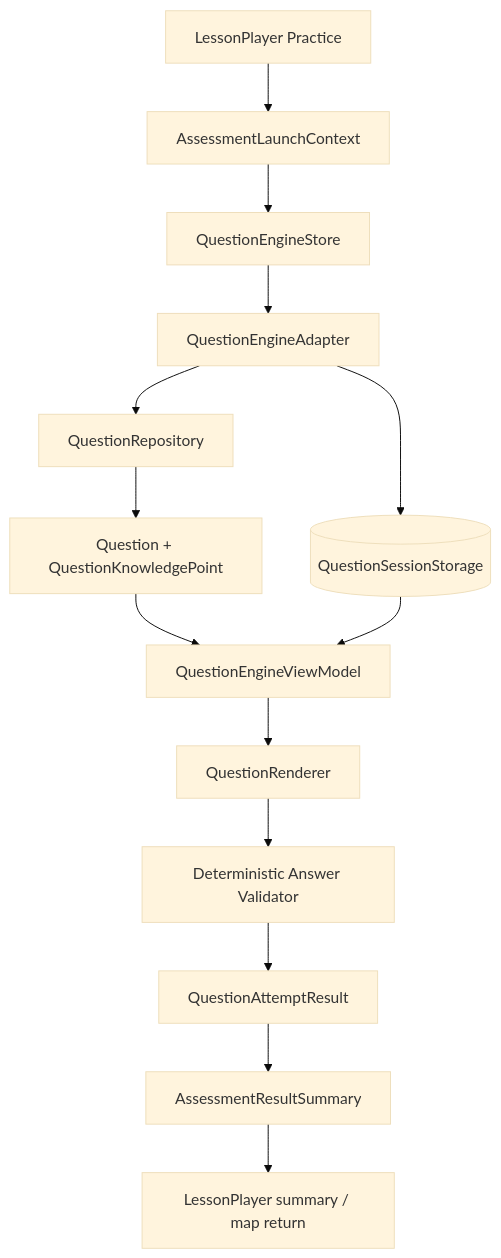
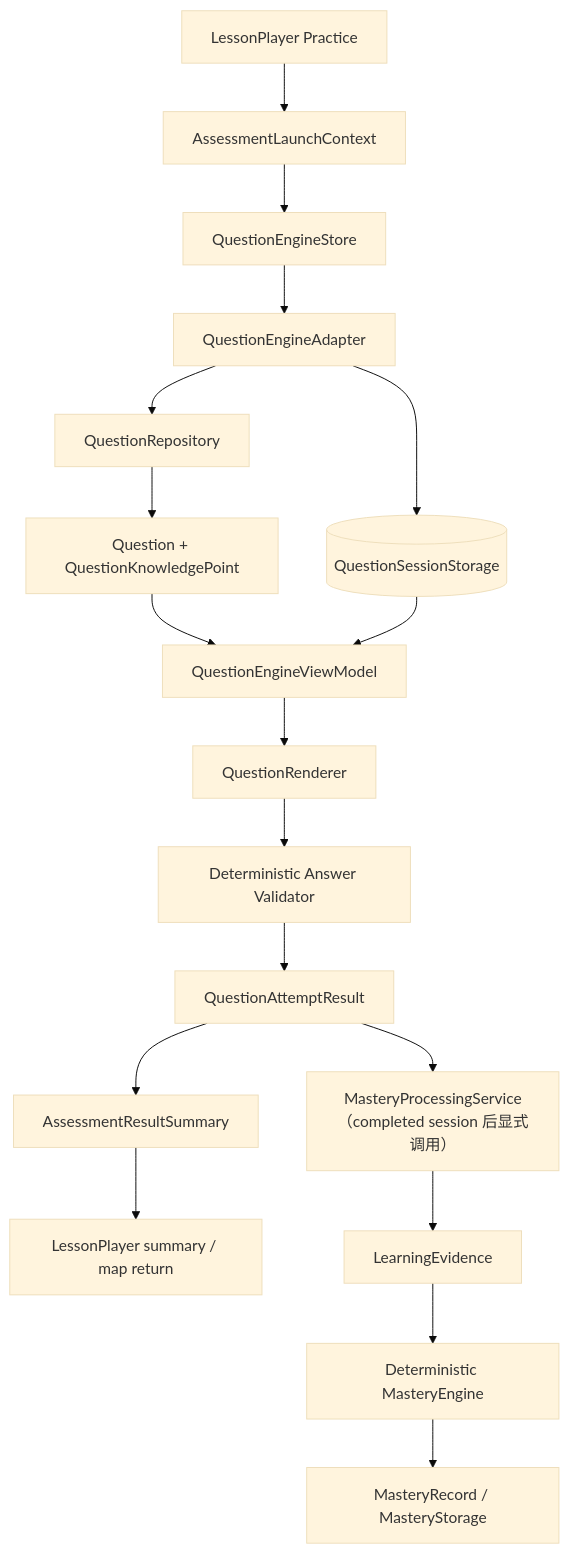
One commit to gaoxinyue623/knowledge-island-learning changed the diagram in QUESTION_ENGINE_DATA_FLOW.md. Above: the diagram before and after it, drawn with Mermaid (base theme). The commit also changed other lines of this file and 57 other files, not shown here.

````diff
--- a/QUESTION_ENGINE_DATA_FLOW.md
+++ b/QUESTION_ENGINE_DATA_FLOW.md
@@ -5,16 +5,20 @@
 ```mermaid
 flowchart TD
     LP[LessonPlayer Practice] --> C[AssessmentLaunchContext]
     C --> S[QuestionEngineStore]
     S --> A[QuestionEngineAdapter]
     A --> R[QuestionRepository]
     A --> SS[(QuestionSessionStorage)]
     R --> Q[Question + QuestionKnowledgePoint]
     Q --> VM[QuestionEngineViewModel]
     SS --> VM
     VM --> UI[QuestionRenderer]
     UI --> V[Deterministic Answer Validator]
     V --> AR[QuestionAttemptResult]
     AR --> SUM[AssessmentResultSummary]
     SUM --> BACK[LessonPlayer summary / map return]
+    AR --> MP[MasteryProcessingService（completed session 后显式调用）]
+    MP --> E[LearningEvidence]
+    E --> ME[Deterministic MasteryEngine]
+    ME --> MR[MasteryRecord / MasteryStorage]
 ```
````
